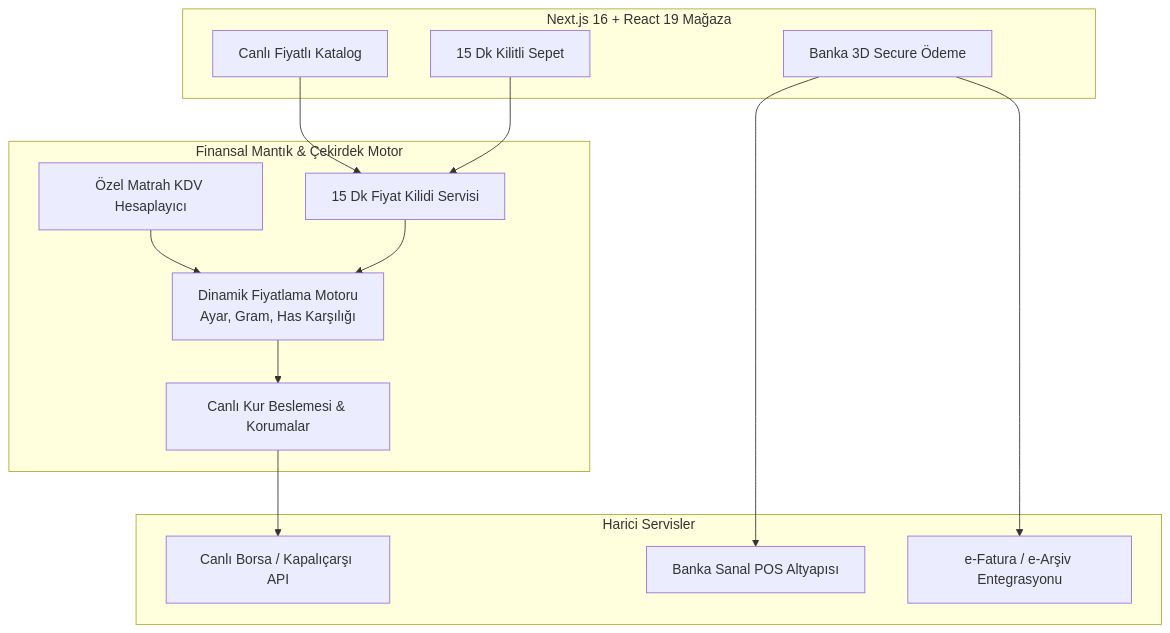
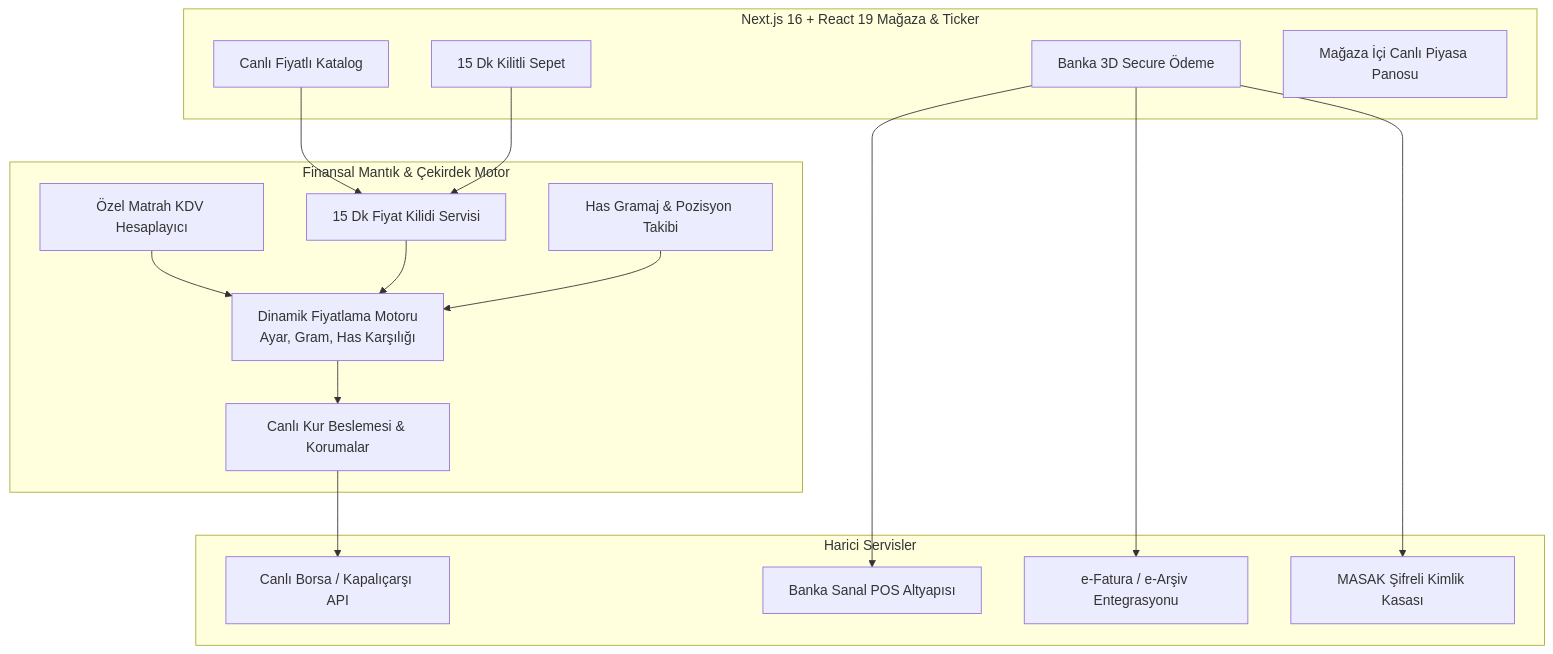
Before and after one commit to CeyhunOzcorapsiz/kuyumcu-showcase: the diagram in README.tr.md, drawn with Mermaid. The commit also changed other lines of this file and 4 other files, not shown here.

Commit message:
docs: add cart price hold, fine gold position, and MASAK KYC audit screenshots

````diff
--- a/README.tr.md
+++ b/README.tr.md
@@ -36,28 +51,33 @@
 ```mermaid
 flowchart TB
-    subgraph UI["Next.js 16 + React 19 Mağaza"]
+    subgraph UI["Next.js 16 + React 19 Mağaza & Ticker"]
         VTR["Canlı Fiyatlı Katalog"]
         SPT["15 Dk Kilitli Sepet"]
         OD["Banka 3D Secure Ödeme"]
+        DISP["Mağaza İçi Canlı Piyasa Panosu"]
     end
     subgraph ENGINE["Finansal Mantık & Çekirdek Motor"]
         PRC["Dinamik Fiyatlama Motoru<br/>Ayar, Gram, Has Karşılığı"]
         VAT["Özel Matrah KDV Hesaplayıcı"]
         LCK["15 Dk Fiyat Kilidi Servisi"]
         SRC["Canlı Kur Beslemesi & Korumalar"]
+        HEDGE["Has Gramaj & Pozisyon Takibi"]
     end
     subgraph EXT["Harici Servisler"]
         GOLD["Canlı Borsa / Kapalıçarşı API"]
         BANK["Banka Sanal POS Altyapısı"]
         INV["e-Fatura / e-Arşiv Entegrasyonu"]
+        KYC["MASAK Şifreli Kimlik Kasası"]
     end
 
     SRC --> GOLD
     PRC --> SRC
     VAT --> PRC
     LCK --> PRC
     VTR --> LCK
     SPT --> LCK
     OD --> BANK
     OD --> INV
+    HEDGE --> PRC
+    OD --> KYC
 ```
````
